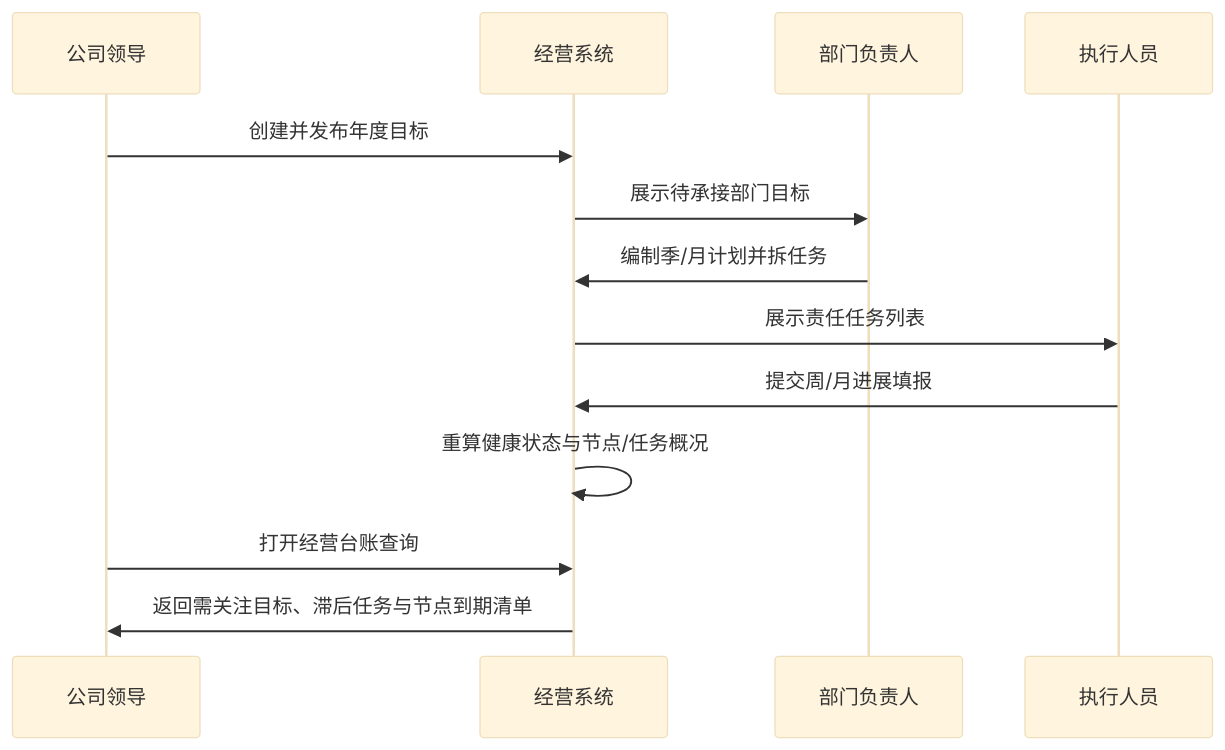
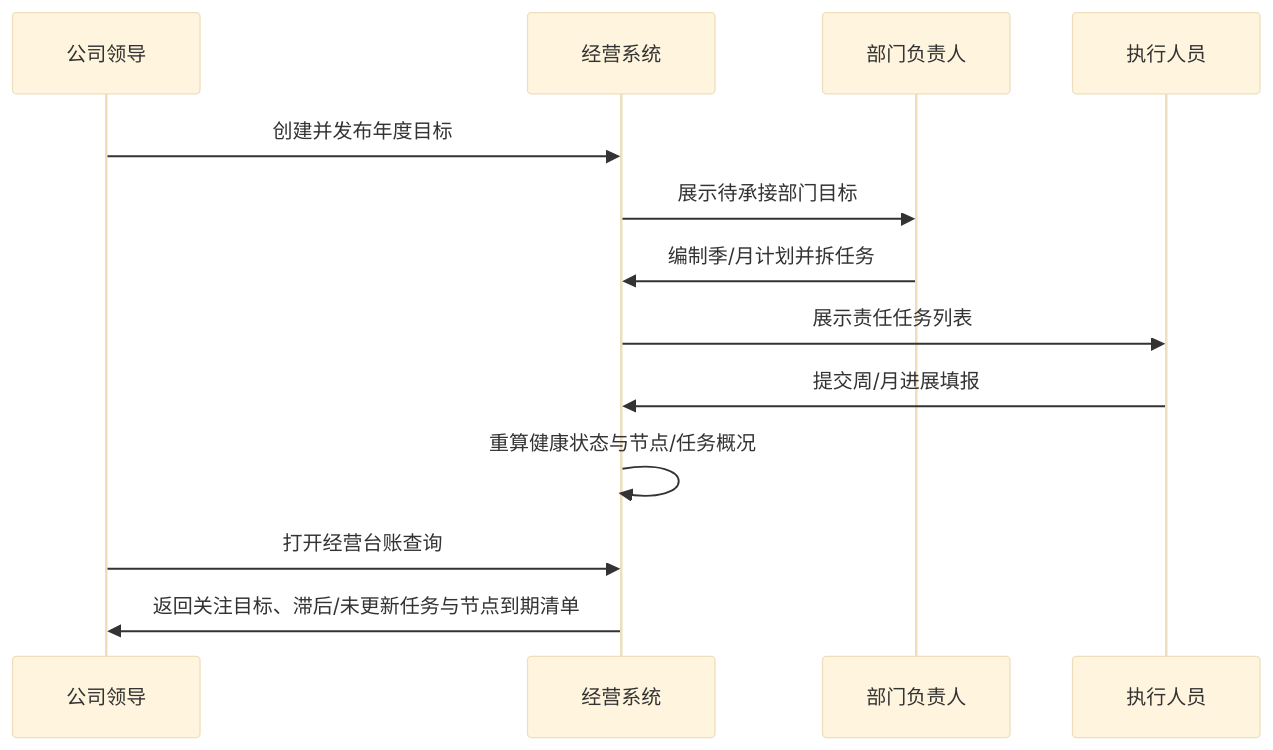
One commit to liaoliao66/BMS changed the sixth of 8 diagrams in docs/versions/v1.0.0/prd.md. Above: the diagram before and after it, drawn with Mermaid (base theme). The commit also changed other lines of this file and 100 other files, not shown here.

````diff
--- a/docs/versions/v1.0.0/prd.md
+++ b/docs/versions/v1.0.0/prd.md
@@ -233,16 +235,16 @@
 ```mermaid
 sequenceDiagram
   participant L as 公司领导
   participant S as 经营系统
   participant D as 部门负责人
   participant E as 执行人员
 
   L->>S: 创建并发布年度目标
   S->>D: 展示待承接部门目标
   D->>S: 编制季/月计划并拆任务
   S->>E: 展示责任任务列表
   E->>S: 提交周/月进展填报
   S->>S: 重算健康状态与节点/任务概况
   L->>S: 打开经营台账查询
-  S->>L: 返回需关注目标、滞后任务与节点到期清单
+  S->>L: 返回关注目标、滞后/未更新任务与节点到期清单
 ```
````
